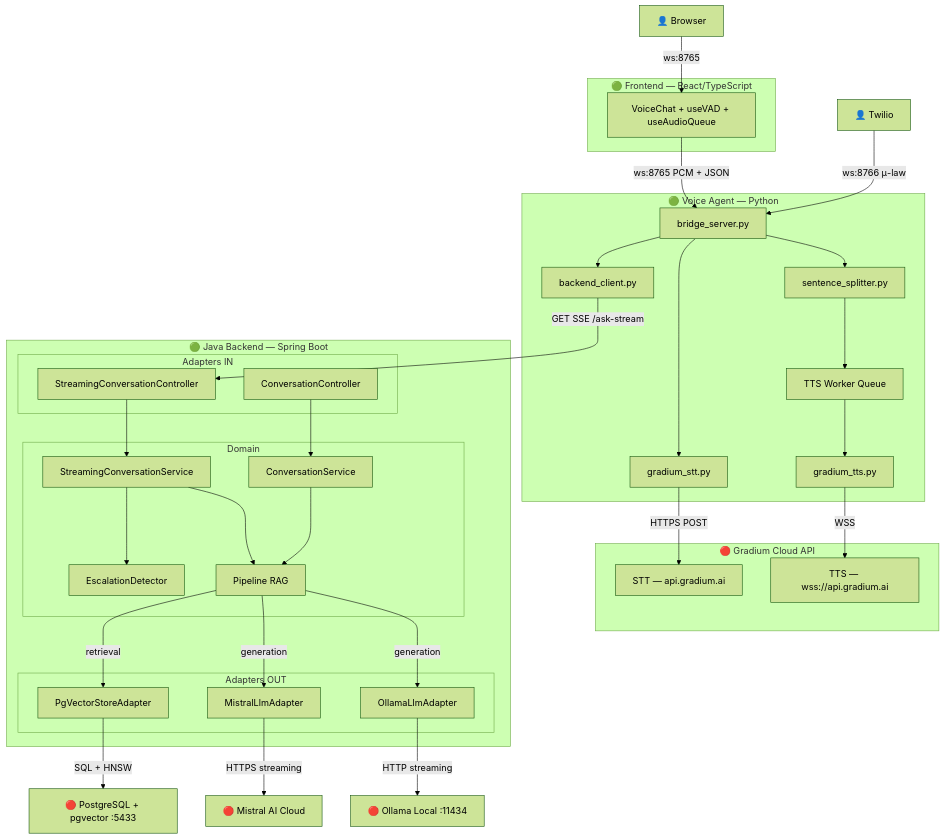
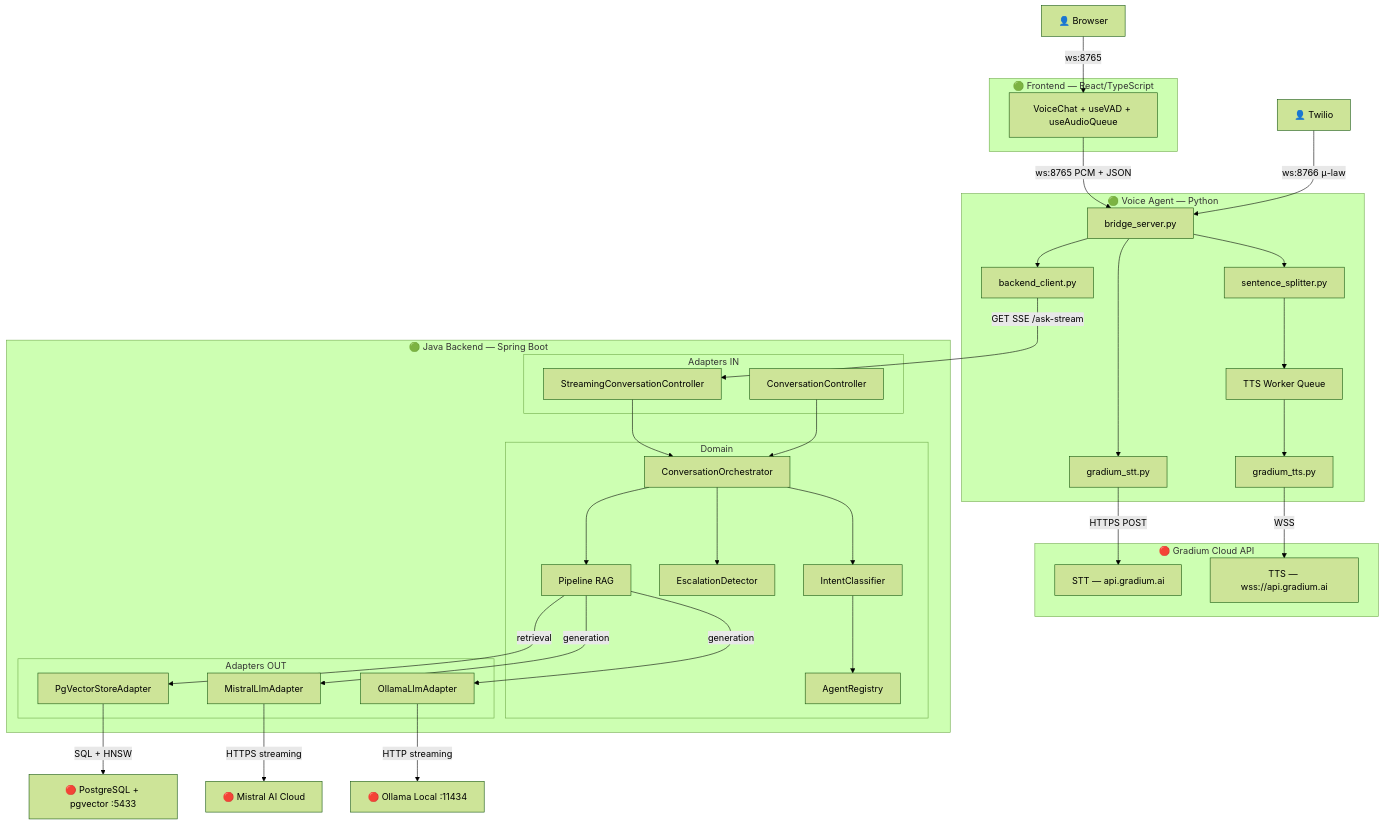
The first of 2 diagrams in docs/architecture.md (tgrimaud/V2V), drawn with Mermaid (forest theme) before and after one commit. The commit also changed other lines of this file and 1 other file, not shown here.

First line of the commit message:
docs: update architecture and dev guide for multi-agent routing

```diff
--- a/docs/architecture.md
+++ b/docs/architecture.md
@@ -45,8 +45,9 @@
             StreamController[StreamingConversationController]
         end
         subgraph domain [Domain]
-            ConvService[ConversationService]
-            StreamService[StreamingConversationService]
+            Orchestrator[ConversationOrchestrator]
+            IntentClass[IntentClassifier]
+            AgentReg[AgentRegistry]
             EscDetector[EscalationDetector]
             RAGPipeline["Pipeline RAG"]
         end
@@ -76,11 +77,12 @@
     BackendClient -->|"GET SSE /ask-stream"| StreamController
 
     %% ─── Backend interne ───
-    StreamController --> StreamService
-    StreamService --> EscDetector
-    StreamService --> RAGPipeline
-    ConvController --> ConvService
-    ConvService --> RAGPipeline
+    StreamController --> Orchestrator
+    Orchestrator --> IntentClass
+    IntentClass --> AgentReg
+    Orchestrator --> EscDetector
+    Orchestrator --> RAGPipeline
+    ConvController --> Orchestrator
 
     %% ─── Pipeline RAG → Adapters ───
     RAGPipeline -->|"retrieval"| PgVecAdapter
```
